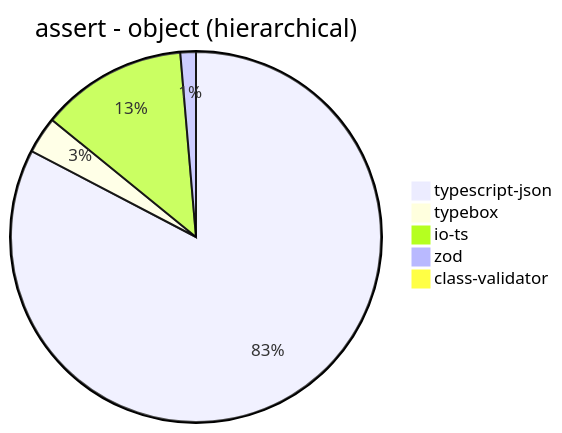
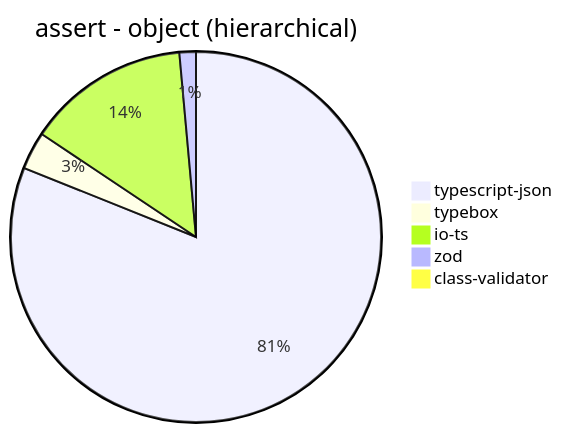
The ninth of 39 diagrams in benchmark/results/AMD Ryzen 7 5800H with Radeon Graphics.md (samchon/typia), drawn with Mermaid before and after one commit. The commit also changed other lines of this file and 3 other files, not shown here.

````diff
--- a/benchmark/results/AMD Ryzen 7 5800H with Radeon Graphics.md
+++ b/benchmark/results/AMD Ryzen 7 5800H with Radeon Graphics.md
@@ -126,8 +126,8 @@
 ```mermaid
 pie title assert - object (hierarchical)
-  "typescript-json": 24167.12885930856
-  "typebox": 936.5988909426986
-  "io-ts": 3733.608765942159
-  "zod": 396.9635252730976
-  "class-validator": 58.318425760286225
+  "typescript-json": 21766.92543780466
+  "typebox": 884.012539184953
+  "io-ts": 3810.975609756098
+  "zod": 385.9680602906872
+  "class-validator": 56.610664718772824
 ```
````
